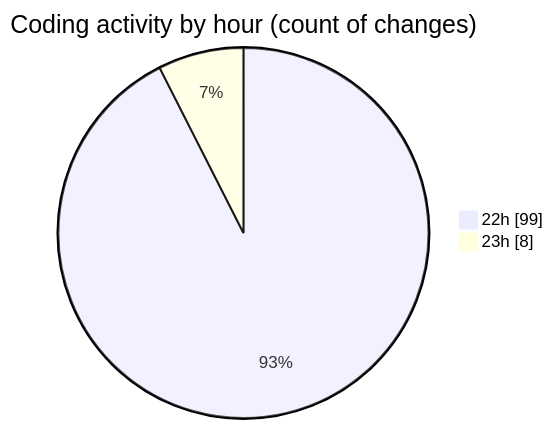
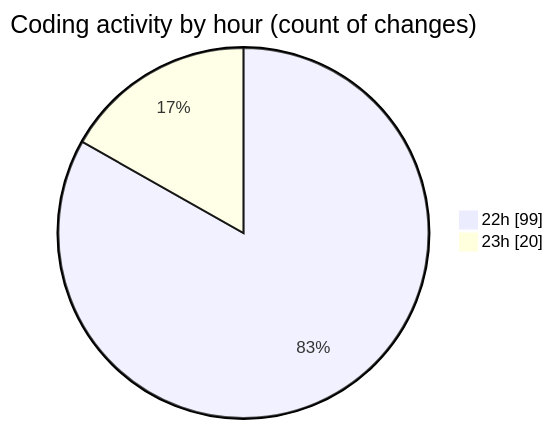
The second of 2 diagrams in 2026-01-10/dsa/README.md (Ritupan-Deka/code-tracking), drawn with Mermaid before and after one commit. The commit also changed other lines of this file and 1 other file, not shown here.

````diff
--- a/2026-01-10/dsa/README.md
+++ b/2026-01-10/dsa/README.md
@@ -30,6 +30,6 @@
 ```mermaid
 pie showData
 title Coding activity by hour (count of changes)
 "22h" : 99
-"23h" : 8
+"23h" : 20
 ```
````
